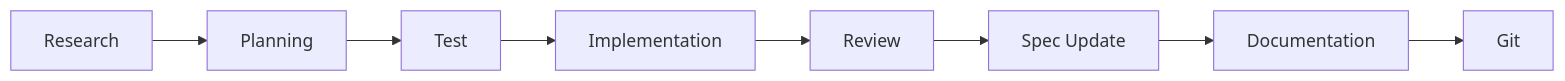
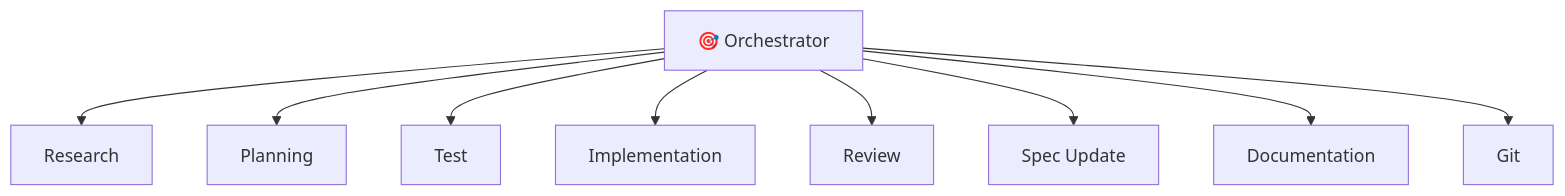
Before and after one commit to tomgun/agentic-framework: the diagram in .cursor/agents/README.md, drawn with Mermaid. The commit also changed other lines of this file and 3 other files, not shown here.

````diff
--- a/.cursor/agents/README.md
+++ b/.cursor/agents/README.md
@@ -22,10 +42,11 @@
 ```mermaid
-graph LR
-    R[Research] --> P[Planning]
-    P --> T[Test]
-    T --> I[Implementation]
-    I --> Rev[Review]
-    Rev --> S[Spec Update]
-    S --> D[Documentation]
-    D --> G[Git]
+graph TB
+    O[🎯 Orchestrator] --> R[Research]
+    O --> P[Planning]
+    O --> T[Test]
+    O --> I[Implementation]
+    O --> Rev[Review]
+    O --> S[Spec Update]
+    O --> D[Documentation]
+    O --> G[Git]
 ```
````
